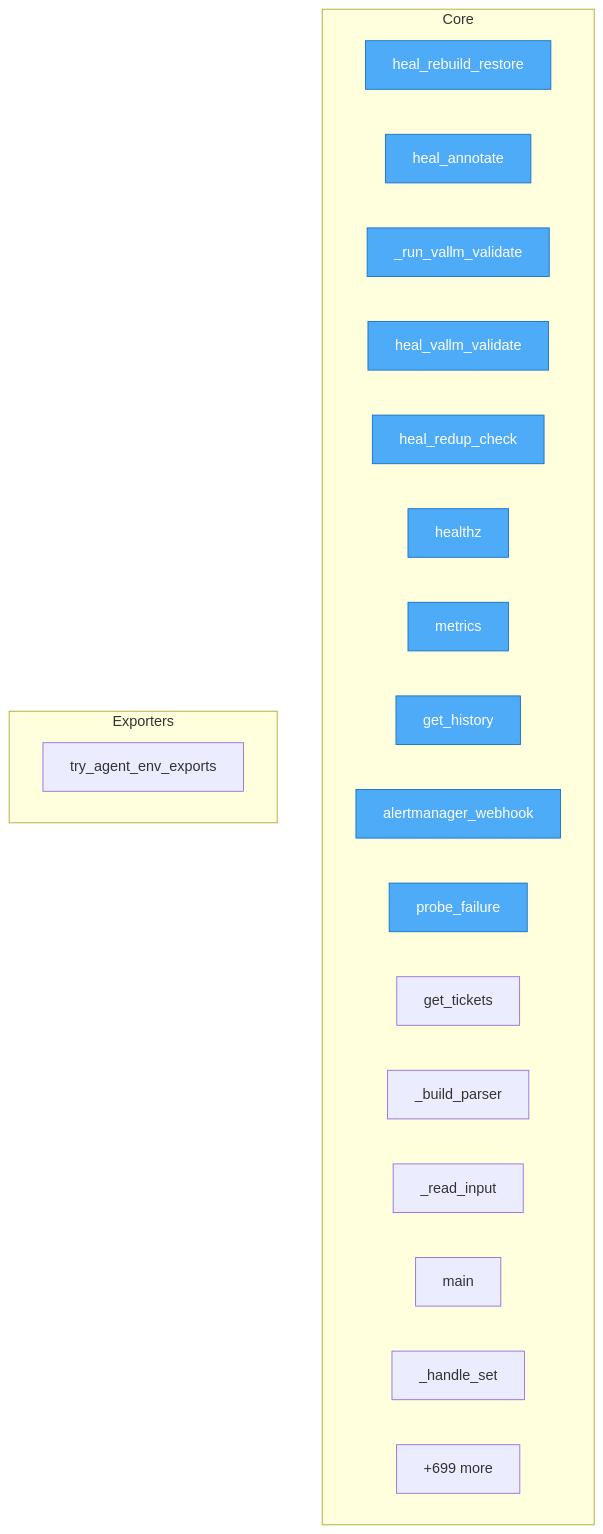
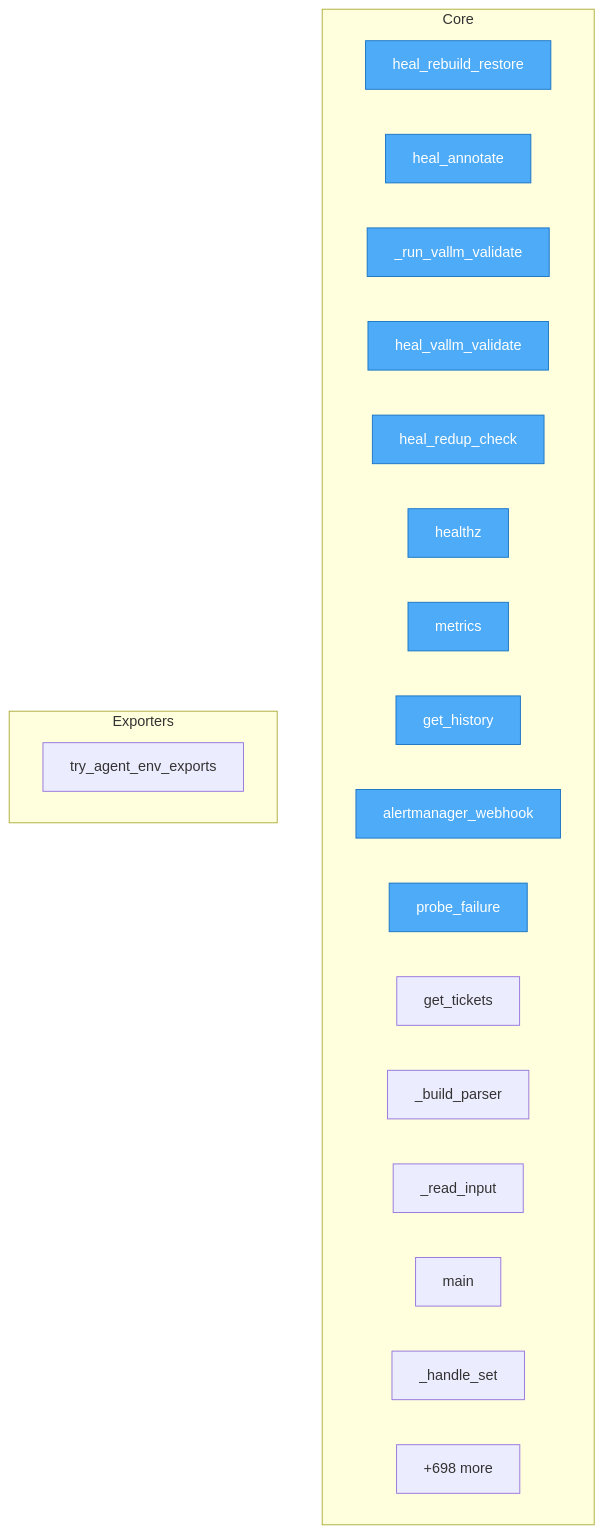
One commit to semcod/koru changed the diagram in project/flow.mmd. Above: the diagram before and after it, drawn with Mermaid. The commit also changed 32 other files, not shown here.

```diff
--- a/project/flow.mmd
+++ b/project/flow.mmd
@@ -1,30 +1,30 @@
 flowchart TD
-%% generated in 0.13s
+%% generated in 0.05s
 
     %% Entry points (blue)
     classDef entry fill:#4dabf7,stroke:#1971c2,color:#fff
 
     subgraph Core
         services__healing_webhook__app__heal_rebuild_restore["heal_rebuild_restore"]
         services__healing_webhook__app__heal_annotate["heal_annotate"]
         services__healing_webhook__app___run_vallm_validate["_run_vallm_validate"]
         services__healing_webhook__app__heal_vallm_validate["heal_vallm_validate"]
         services__healing_webhook__app__heal_redup_check["heal_redup_check"]
         services__healing_webhook__app__healthz["healthz"]
         services__healing_webhook__app__metrics["metrics"]
         services__healing_webhook__app__get_history["get_history"]
         services__healing_webhook__app__alertmanager_webhook["alertmanager_webhook"]
         services__healing_webhook__app__probe_failure["probe_failure"]
         services__healing_webhook__app__get_tickets["get_tickets"]
         src__korudsl__cli___build_parser["_build_parser"]
         src__korudsl__cli___read_input["_read_input"]
         src__korudsl__cli__main["main"]
         src__korudsl__library___handle_set["_handle_set"]
-        ...["+699 more"]
+        ...["+698 more"]
     end
 
     subgraph Exporters
         src__koru__agent_cli_helpers__try_agent_env_exports["try_agent_env_exports"]
     end
 
     class services__healing_webhook__app__heal_rebuild_restore,services__healing_webhook__app__heal_annotate,services__healing_webhook__app___run_vallm_validate,services__healing_webhook__app__heal_vallm_validate,services__healing_webhook__app__heal_redup_check,services__healing_webhook__app__healthz,services__healing_webhook__app__metrics,services__healing_webhook__app__get_history,services__healing_webhook__app__alertmanager_webhook,services__healing_webhook__app__probe_failure entry
```
